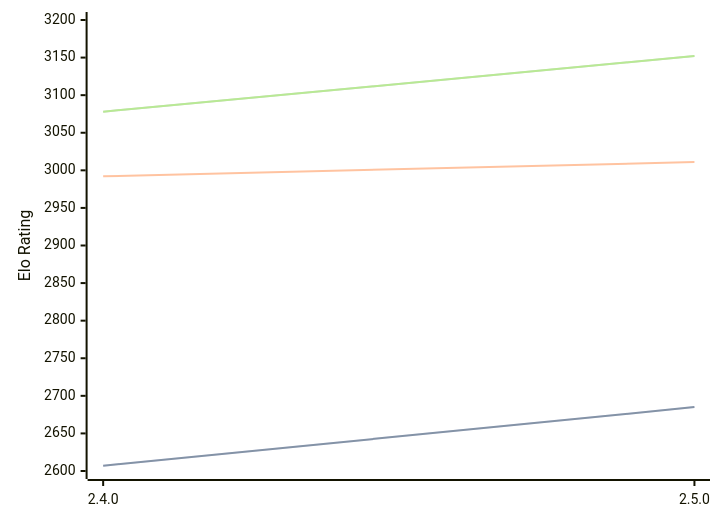
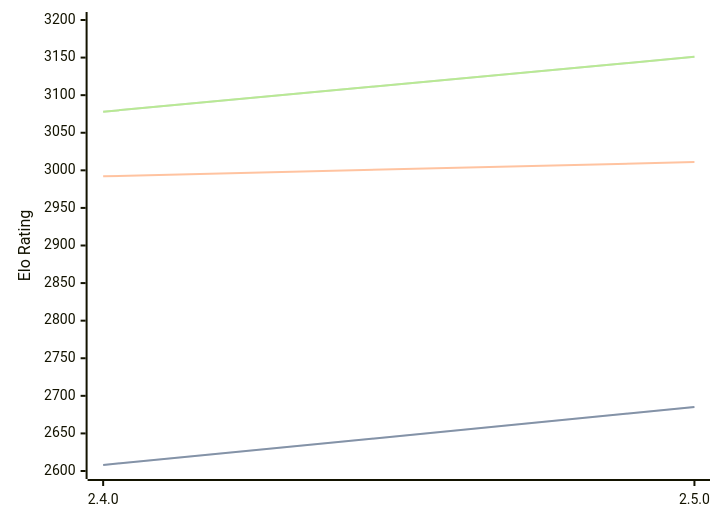
The diagram in engines/Sturddle2.md (computer-chess-index/cci), drawn with Mermaid before and after one commit. The commit also changed other lines of this file, not shown here.

Commit message:
Update CCI Ratings (ELO VLTC) - 2026-07-19

````diff
--- a/engines/Sturddle2.md
+++ b/engines/Sturddle2.md
@@ -37,11 +37,11 @@
 ```mermaid
 %%{init: {"theme":"base","themeVariables":{"seriesColors:['#a3a3a3','#222221','#faa371']}}}%%
 xychart-beta
   x-axis ["2.4.0", "2.5.0"]
   y-axis "Elo Rating" 2600 --> 3200
-  line "STC (8.0+0.08s)" [2607, 2685]
-  line "STC (8.0+0.08s)" [2607, 2685]
+  line "STC (8.0+0.08s)" [2608, 2685]
+  line "STC (8.0+0.08s)" [2608, 2685]
   line "LTC (60.0+0.60s)" [2992, 3011]
-  line "VLTC (2m24s+1.12s)" [3078, 3152]
-  line "VLTC (2m24s+1.12s)" [3078, 3152]
+  line "VLTC (2m24s+1.12s)" [3078, 3151]
+  line "VLTC (2m24s+1.12s)" [3078, 3151]
 ```
````
